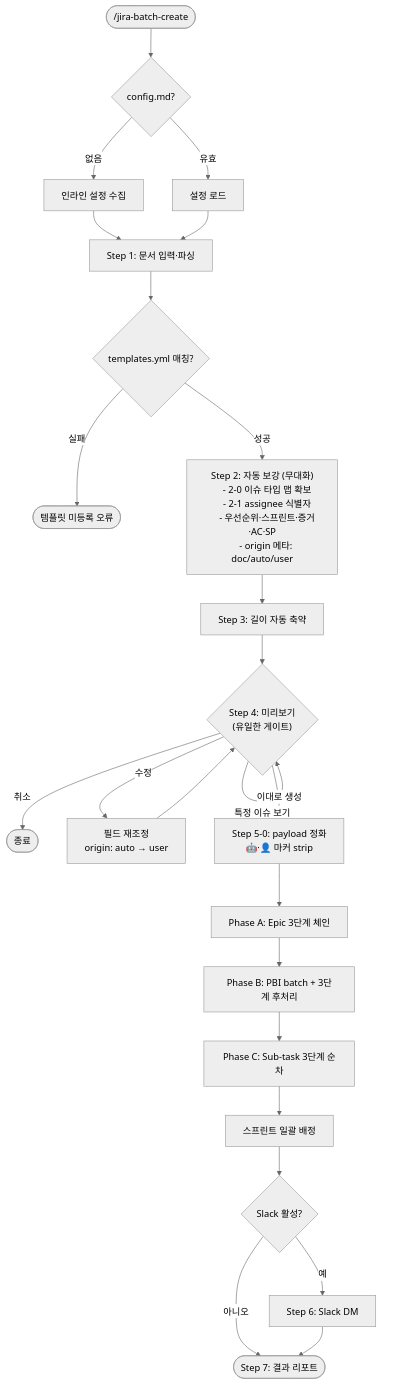
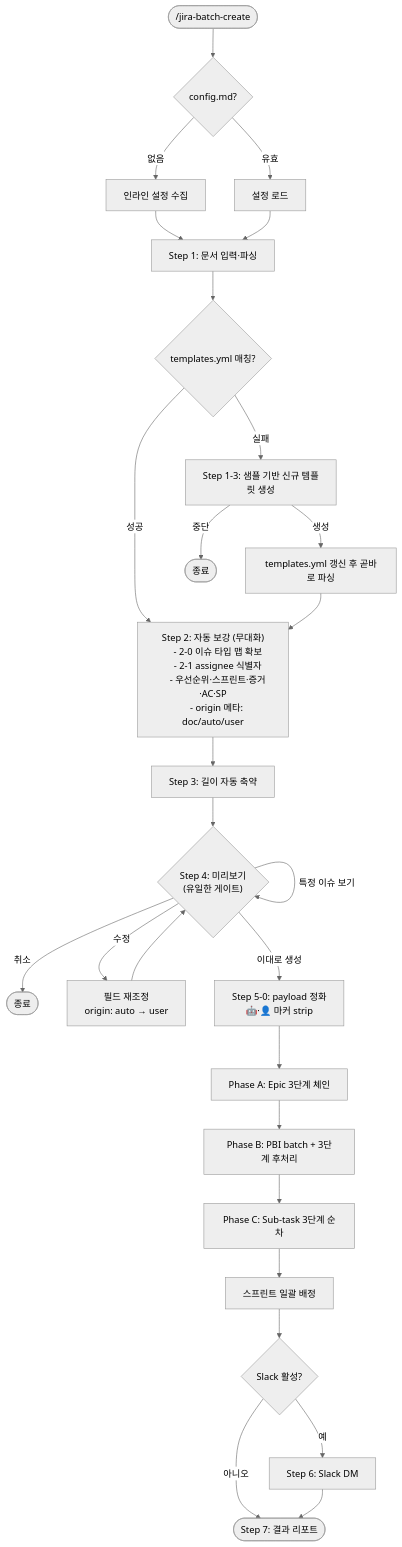
Before and after one commit to Park-Seung-Hun/atlassian-skills: the fourth of 4 diagrams in jira-create/README.md, drawn with Mermaid (neutral theme). The commit also changed other lines of this file and 2 other files, not shown here.

````diff
--- a/jira-create/README.md
+++ b/jira-create/README.md
@@ -127,32 +129,35 @@
 ```mermaid
 flowchart TD
     A(["/jira-batch-create"]) --> B{config.md?}
     B -- 없음 --> C[인라인 설정 수집]
     B -- 유효 --> D[설정 로드]
     C & D --> E[Step 1: 문서 입력·파싱]
     E --> F{templates.yml 매칭?}
-    F -- 실패 --> G([템플릿 미등록 오류])
+    F -- 실패 --> G[Step 1-3: 샘플 기반 신규 템플릿 생성]
+    G -- 생성 --> GG[templates.yml 갱신 후 곧바로 파싱]
+    G -- 중단 --> Z2([종료])
     F -- 성공 --> H["Step 2: 자동 보강 (무대화)
     - 2-0 이슈 타입 맵 확보
     - 2-1 assignee 식별자
     - 우선순위·스프린트·증거·AC·SP
     - origin 메타: doc/auto/user"]
+    GG --> H
     H --> I[Step 3: 길이 자동 축약]
     I --> J{"Step 4: 미리보기
     (유일한 게이트)"}
     J -- 취소 --> Z([종료])
     J -- 특정 이슈 보기 --> J
     J -- 수정 --> K["필드 재조정
     origin: auto → user"]
     K --> J
     J -- 이대로 생성 --> L["Step 5-0: payload 정화
     🤖·👤 마커 strip"]
     L --> M[Phase A: Epic 3단계 체인]
     M --> N[Phase B: PBI batch + 3단계 후처리]
     N --> O[Phase C: Sub-task 3단계 순차]
     O --> P[스프린트 일괄 배정]
     P --> Q{Slack 활성?}
     Q -- 예 --> R[Step 6: Slack DM]
     Q -- 아니오 --> S([Step 7: 결과 리포트])
     R --> S
 ```
````
